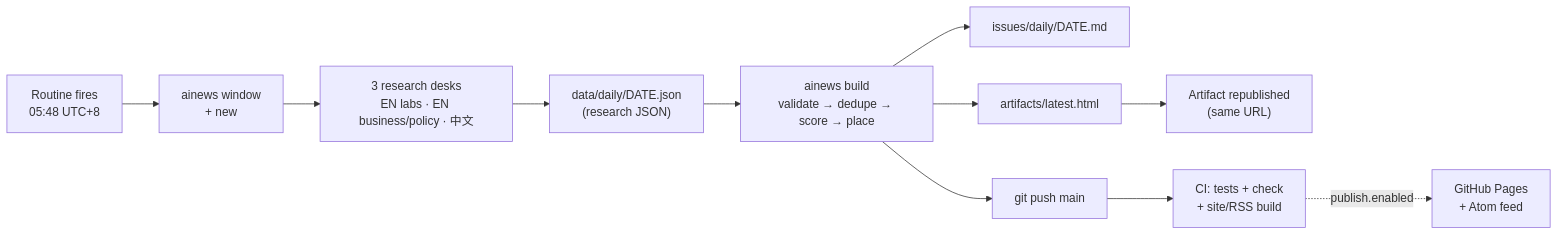
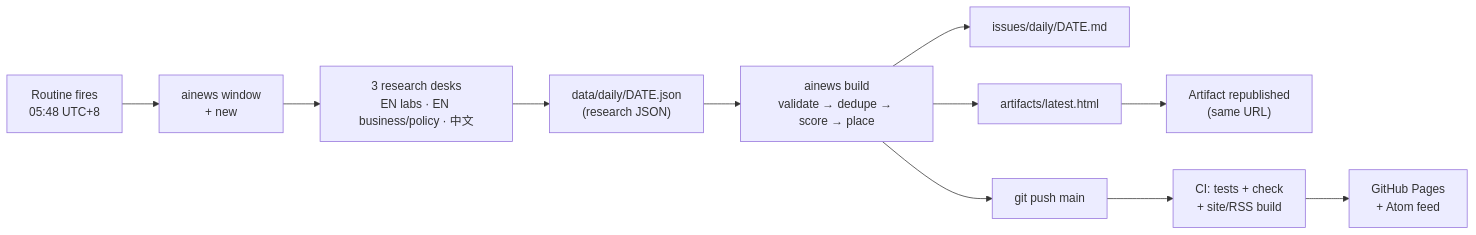
Before and after one commit to leevvyy/ai-news: the diagram in README.md, drawn with Mermaid. The commit also changed other lines of this file and 7 other files, not shown here.

First line of the commit message:
Turn on publishing to GitHub Pages

````diff
--- a/README.md
+++ b/README.md
@@ -21,13 +23,13 @@
 ```mermaid
 flowchart LR
     R["Routine fires<br/>05:48 UTC+8"] --> W["ainews window<br/>+ new"]
     W --> S["3 research desks<br/>EN labs · EN business/policy · 中文"]
     S --> J["data/daily/DATE.json<br/>(research JSON)"]
     J --> B["ainews build<br/>validate → dedupe → score → place"]
     B --> MD["issues/daily/DATE.md"]
     B --> H["artifacts/latest.html"]
     H --> A["Artifact republished<br/>(same URL)"]
     B --> G["git push main"]
     G --> CI["CI: tests + check<br/>+ site/RSS build"]
-    CI -. "publish.enabled" .-> P["GitHub Pages<br/>+ Atom feed"]
+    CI --> P["GitHub Pages<br/>+ Atom feed"]
 ```
````
